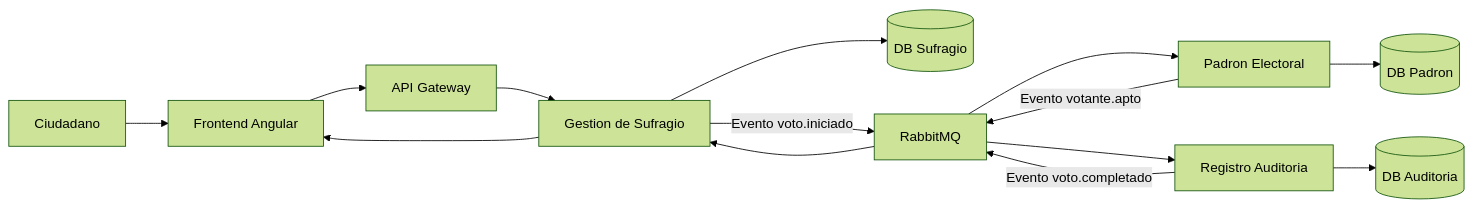
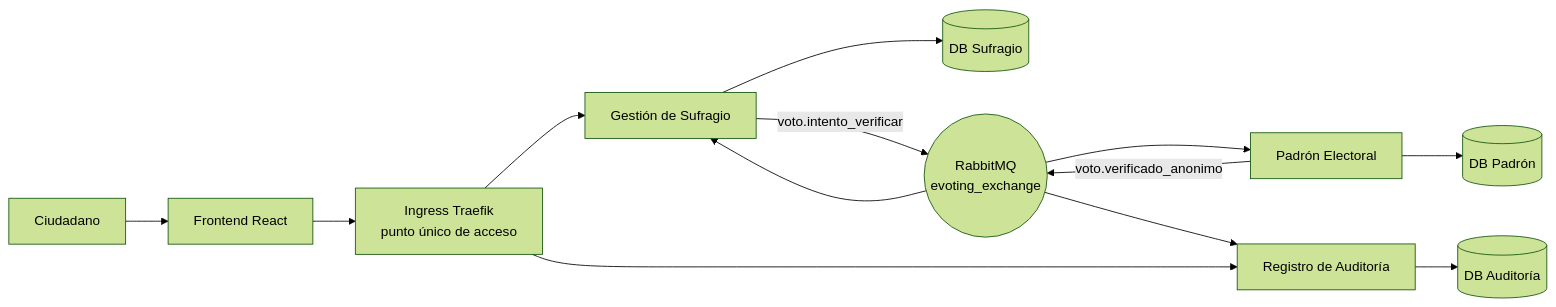
Before and after one commit to reznov07/proyecto-aplicaciones-distribuidas: the diagram in README.md, drawn with Mermaid (forest theme). The commit also changed other lines of this file, not shown here.

````diff
--- a/README.md
+++ b/README.md
@@ -13,31 +15,28 @@
 ```mermaid
 graph LR
 
     User[Ciudadano]
 
-    User --> Frontend[Frontend Angular]
+    User --> Frontend[Frontend React]
 
-    Frontend --> Gateway[API Gateway]
+    Frontend --> Ingress[Ingress Traefik<br/>punto único de acceso]
 
-    Gateway --> S1[Gestion de Sufragio]
+    Ingress --> S1[Gestión de Sufragio]
 
     S1 --> DB1[(DB Sufragio)]
 
-    S1 -->|Evento voto.iniciado| RabbitMQ
+    S1 -->|voto.intento_verificar| RabbitMQ((RabbitMQ<br/>evoting_exchange))
 
-    RabbitMQ --> S2[Padron Electoral]
+    RabbitMQ --> S2[Padrón Electoral]
 
-    S2 --> DB2[(DB Padron)]
+    S2 --> DB2[(DB Padrón)]
 
-    S2 -->|Evento votante.apto| RabbitMQ
-
-    RabbitMQ --> S3[Registro Auditoria]
-
-    S3 --> DB3[(DB Auditoria)]
-
-    S3 -->|Evento voto.completado| RabbitMQ
+    S2 -->|voto.verificado_anonimo| RabbitMQ
 
     RabbitMQ --> S1
+    RabbitMQ --> S3[Registro de Auditoría]
 
-    S1 --> Frontend
+    S3 --> DB3[(DB Auditoría)]
+
+    Ingress --> S3
 ```
````
